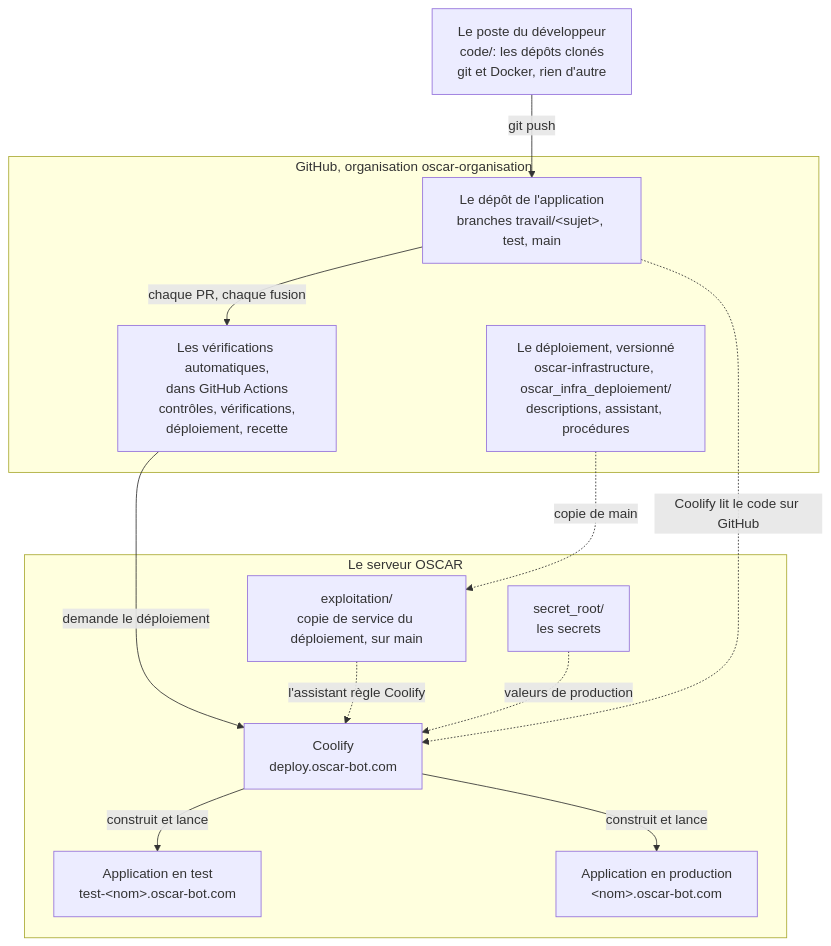
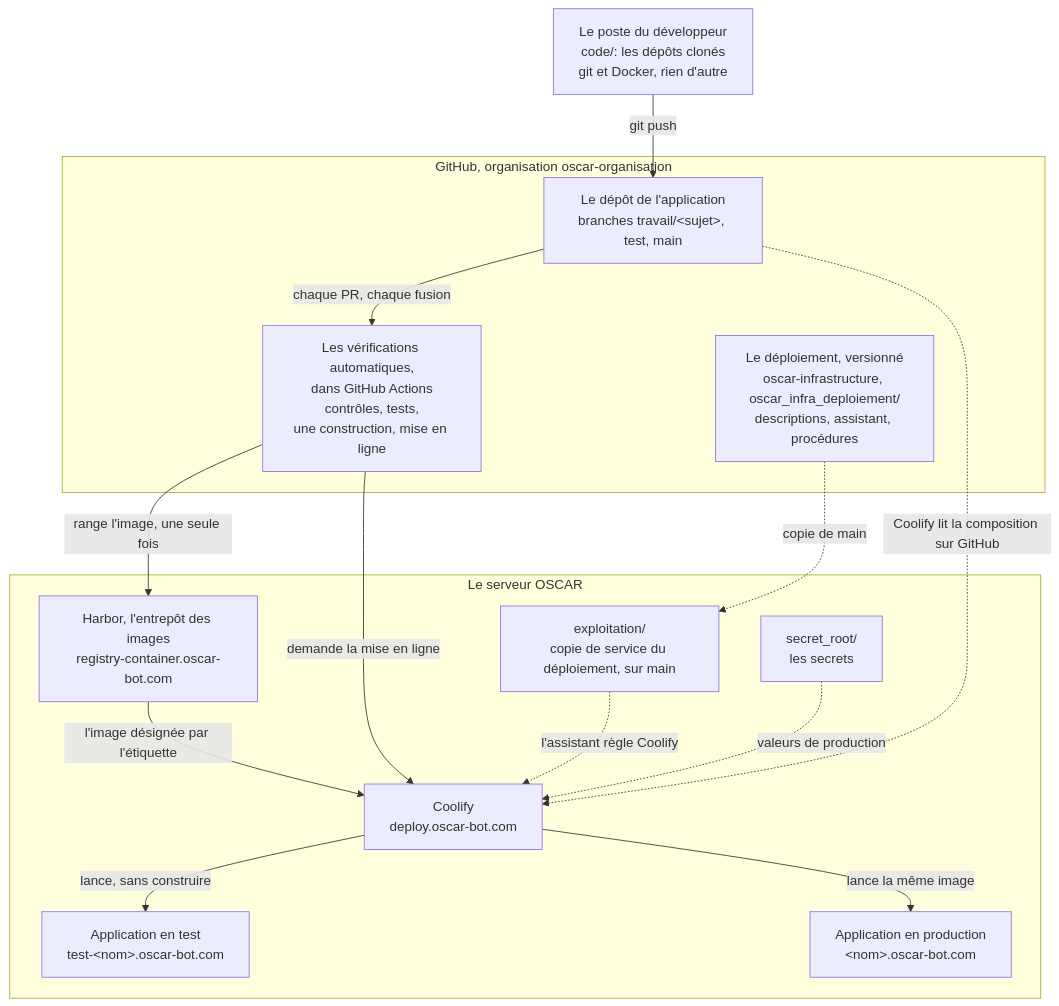
The diagram in docs/schemas/01-vue-d-ensemble.mmd (oscar-organisation/oscar-general-gouvernance-project), drawn with Mermaid before and after one commit. The commit also changed 24 other files, not shown here.

First line of the commit message:
Le guide et l'accueil suivent la mise en ligne par image de Harbor

```diff
--- a/docs/schemas/01-vue-d-ensemble.mmd
+++ b/docs/schemas/01-vue-d-ensemble.mmd
@@ -1,32 +1,37 @@
 %% Vue d'ensemble: où vit quoi, et qui parle à qui.
 %% Source de 01-vue-d-ensemble.svg. L'image ne se retouche jamais à la main.
 %% Après une modification, depuis la racine du dépôt:
 %%   docker compose -f docs/outils/compose.yaml run --rm schemas
+%% Depuis le 04/10/2026 (plan 17): les vérifications automatiques construisent l'image
+%% une seule fois et la rangent dans Harbor; Coolify ne construit plus, il la lance.
 flowchart TB
   code["Le poste du développeur<br>code/: les dépôts clonés<br>git et Docker, rien d'autre"]
 
   subgraph github["GitHub, organisation oscar-organisation"]
     depot["Le dépôt de l'application<br>branches travail/#lt;sujet#gt;, test, main"]
-    verifications["Les vérifications automatiques,<br>dans GitHub Actions<br>contrôles, vérifications,<br>déploiement, recette"]
+    verifications["Les vérifications automatiques,<br>dans GitHub Actions<br>contrôles, tests,<br>une construction, mise en ligne"]
     deploiement["Le déploiement, versionné<br>oscar-infrastructure, oscar_infra_deploiement/<br>descriptions, assistant, procédures"]
   end
 
   subgraph serveur["Le serveur OSCAR"]
     exploitation["exploitation/<br>copie de service du déploiement, sur main"]:::discret
+    harbor["Harbor, l'entrepôt des images<br>registry-container.oscar-bot.com"]
     coolify["Coolify<br>deploy.oscar-bot.com"]
     secrets["secret_root/<br>les secrets"]:::discret
     appt["Application en test<br>test-#lt;nom#gt;.oscar-bot.com"]
     appp["Application en production<br>#lt;nom#gt;.oscar-bot.com"]
   end
 
   code -- "git push" --> depot
   depot -- "chaque PR, chaque fusion" --> verifications
-  verifications -- "demande le déploiement" --> coolify
-  depot -. "Coolify lit le code sur GitHub" .-> coolify
+  verifications -- "range l'image, une seule fois" --> harbor
+  verifications -- "demande la mise en ligne" --> coolify
+  depot -. "Coolify lit la composition sur GitHub" .-> coolify
+  harbor -- "l'image désignée par l'étiquette" --> coolify
   deploiement -. "copie de main" .-> exploitation
   exploitation -. "l'assistant règle Coolify" .-> coolify
   secrets -. "valeurs de production" .-> coolify
-  coolify -- "construit et lance" --> appt
-  coolify -- "construit et lance" --> appp
+  coolify -- "lance, sans construire" --> appt
+  coolify -- "lance la même image" --> appp
   verifications ~~~ exploitation
   verifications ~~~ secrets
```
